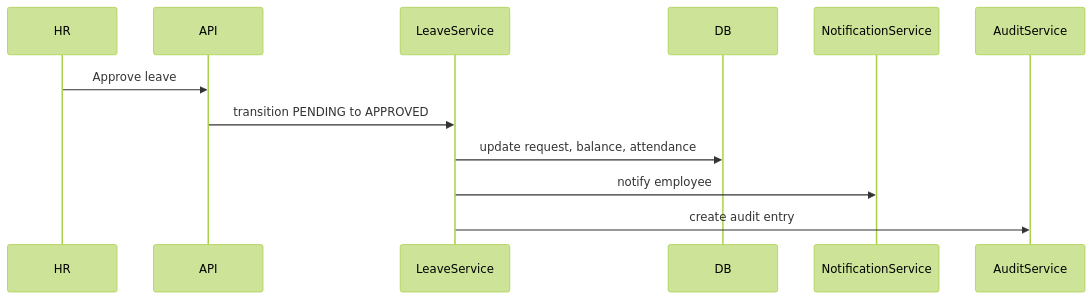
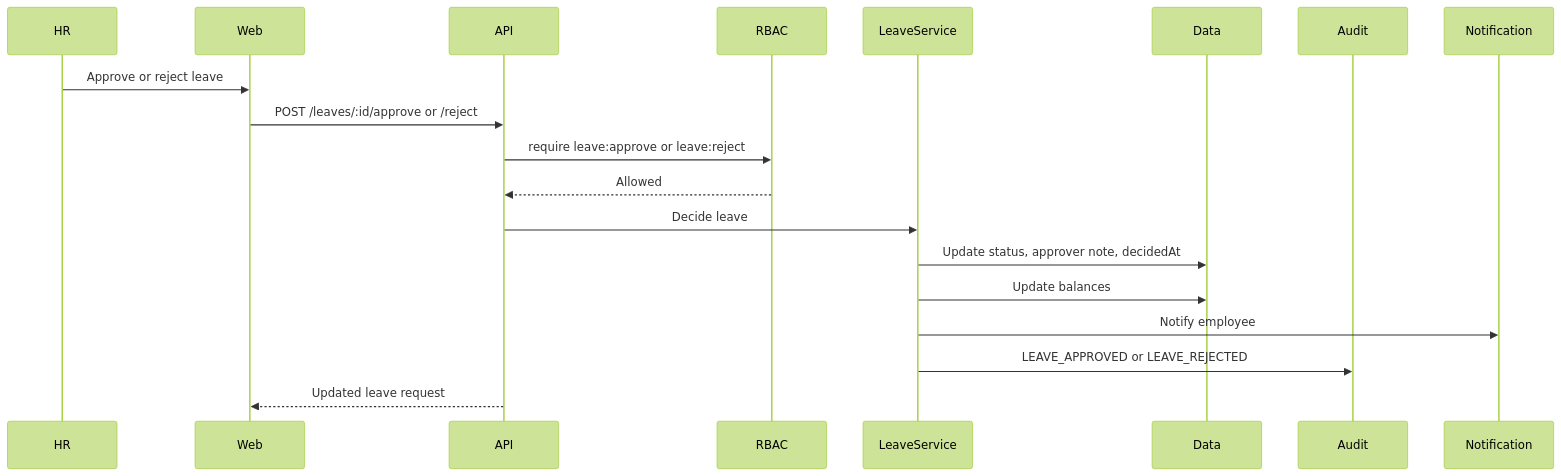
One commit to itmustbelikhitha/Hack4One changed the seventh of 10 diagrams in docs/WORKFLOWS.md. Above: the diagram before and after it, drawn with Mermaid (forest theme). The commit also changed other lines of this file and 5 other files, not shown here.

````diff
--- a/docs/WORKFLOWS.md
+++ b/docs/WORKFLOWS.md
@@ -16,8 +141,22 @@
 ```mermaid
 sequenceDiagram
-  HR->>API: Approve leave
-  API->>LeaveService: transition PENDING to APPROVED
-  LeaveService->>DB: update request, balance, attendance
-  LeaveService->>NotificationService: notify employee
-  LeaveService->>AuditService: create audit entry
+  participant HR
+  participant Web
+  participant API
+  participant RBAC
+  participant LeaveService
+  participant Data
+  participant Audit
+  participant Notification
+
+  HR->>Web: Approve or reject leave
+  Web->>API: POST /leaves/:id/approve or /reject
+  API->>RBAC: require leave:approve or leave:reject
+  RBAC-->>API: Allowed
+  API->>LeaveService: Decide leave
+  LeaveService->>Data: Update status, approver note, decidedAt
+  LeaveService->>Data: Update balances
+  LeaveService->>Notification: Notify employee
+  LeaveService->>Audit: LEAVE_APPROVED or LEAVE_REJECTED
+  API-->>Web: Updated leave request
 ```
````
